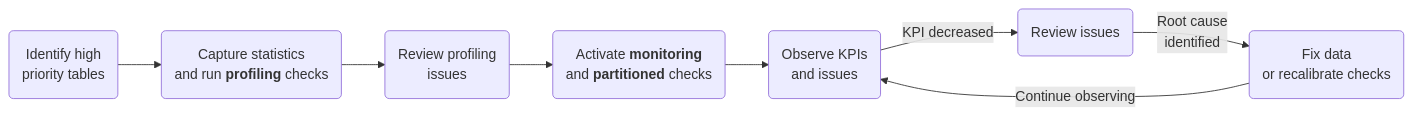
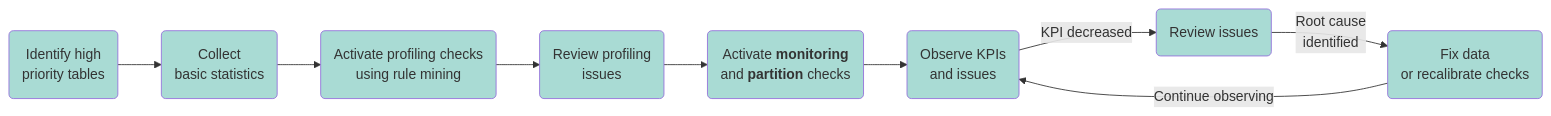
Before and after one commit to dqops/dqo: the diagram in docs/dqo-concepts/definition-of-data-quality-kpis.md, drawn with Mermaid. The commit also changed other lines of this file and 1 other file, not shown here.

Commit message:
Updated the Data quality KPI metrics - definition and formula documentation

````diff
--- a/docs/dqo-concepts/definition-of-data-quality-kpis.md
+++ b/docs/dqo-concepts/definition-of-data-quality-kpis.md
@@ -144,10 +145,13 @@
 ``` mermaid
 graph LR
-  I(Identify high<br/> priority tables) --> S;
-  S(Capture statistics<br/> and run <strong>profiling</strong> checks) --> P
-  P(Review profiling<br/> issues) --> M;
-  M(Activate <strong>monitoring</strong><br/> and <strong>partitioned</strong> checks) --> O
-  O(Observe KPIs<br/> and issues) --> |KPI decreased| R;
-  R(Review issues) --> |Root cause<br/> identified| F;
-  F(Fix data<br/> or recalibrate checks) --> |Continue observing| O;
+  classDef step fill:#A9DBD4;
+
+  I(Identify high<br/> priority tables):::step  --> S;
+  S(Collect<br/> basic statistics):::step  --> A;
+  A(Activate profiling checks<br/> using rule mining):::step  --> P;
+  P(Review profiling<br/> issues):::step  --> M;
+  M(Activate <strong>monitoring</strong><br/> and <strong>partition</strong> checks):::step  --> O;
+  O(Observe KPIs<br/> and issues):::step  --> |KPI decreased| R;
+  R(Review issues):::step  --> |Root cause<br/> identified| F;
+  F(Fix data<br/> or recalibrate checks):::step  --> |Continue observing| O;
 ```
````
